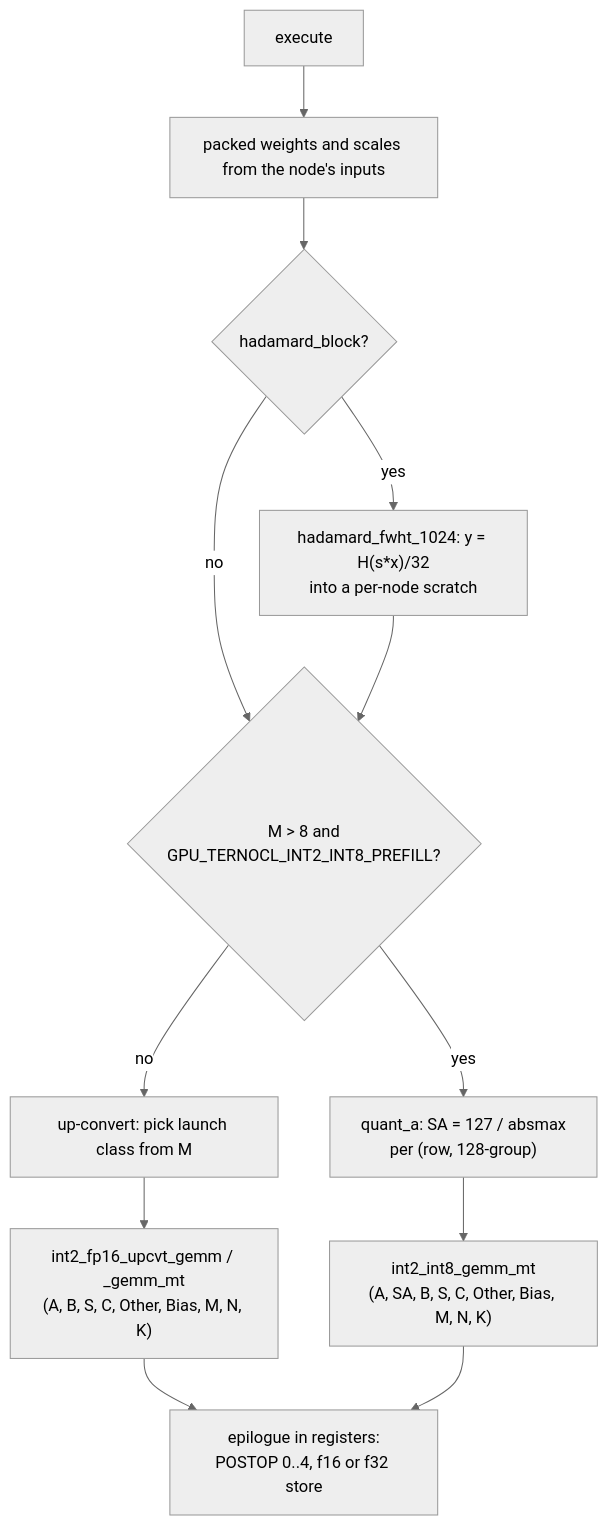
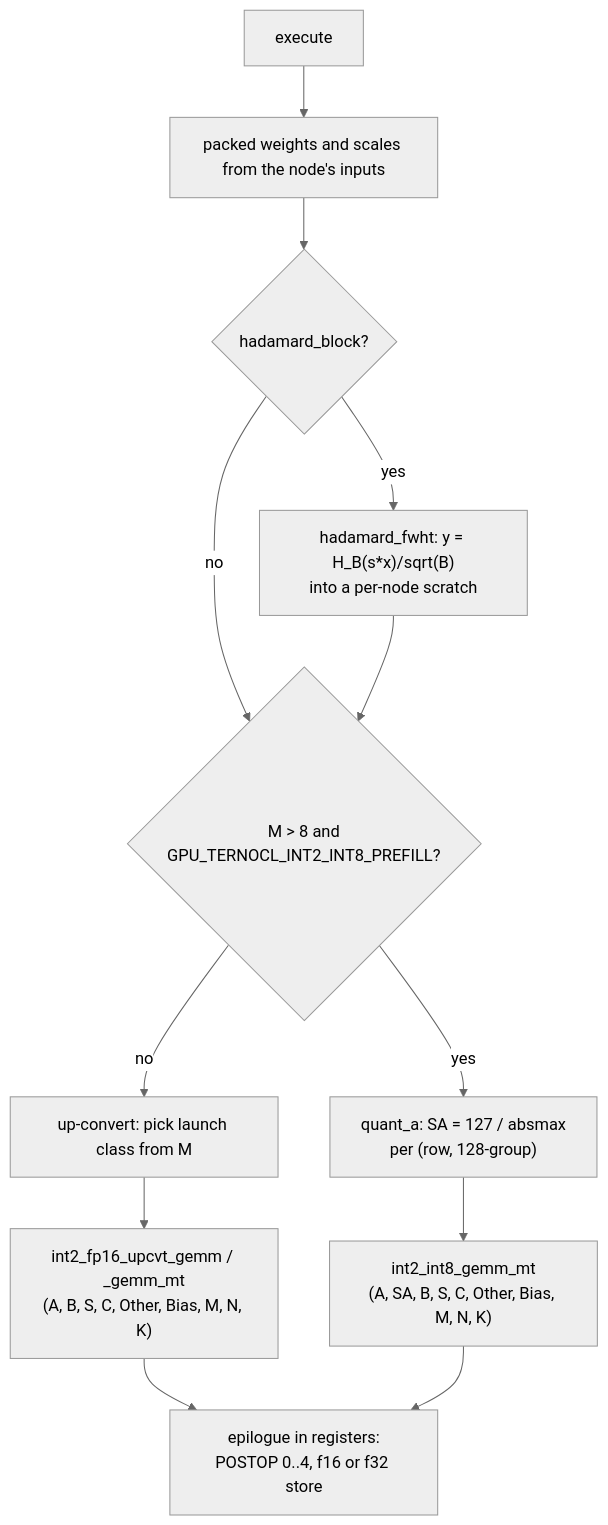
Before and after one commit to openvinotoolkit/openvino: the diagram in src/plugins/intel_gpu/docs/ternocl_int2_architecture.md, drawn with Mermaid (neutral theme). The commit also changed other lines of this file and 8 other files, not shown here.

````diff
--- a/src/plugins/intel_gpu/docs/ternocl_int2_architecture.md
+++ b/src/plugins/intel_gpu/docs/ternocl_int2_architecture.md
@@ -144,14 +144,14 @@
 ```mermaid
 flowchart TD
     A["execute"] --> B["packed weights and scales from the node's inputs"]
     B --> C{"hadamard_block?"}
-    C -->|yes| D["hadamard_fwht_1024: y = H(s*x)/32<br/>into a per-node scratch"]
+    C -->|yes| D["hadamard_fwht: y = H_B(s*x)/sqrt(B)<br/>into a per-node scratch"]
     C -->|no| E
     D --> E{"M > 8 and<br/>GPU_TERNOCL_INT2_INT8_PREFILL?"}
     E -->|no| F["up-convert: pick launch class from M"]
     F --> G["int2_fp16_upcvt_gemm / _gemm_mt<br/>(A, B, S, C, Other, Bias, M, N, K)"]
     E -->|yes| H["quant_a: SA = 127 / absmax<br/>per (row, 128-group)"]
     H --> I["int2_int8_gemm_mt<br/>(A, SA, B, S, C, Other, Bias, M, N, K)"]
     G --> J["epilogue in registers:<br/>POSTOP 0..4, f16 or f32 store"]
     I --> J
 ```
````
